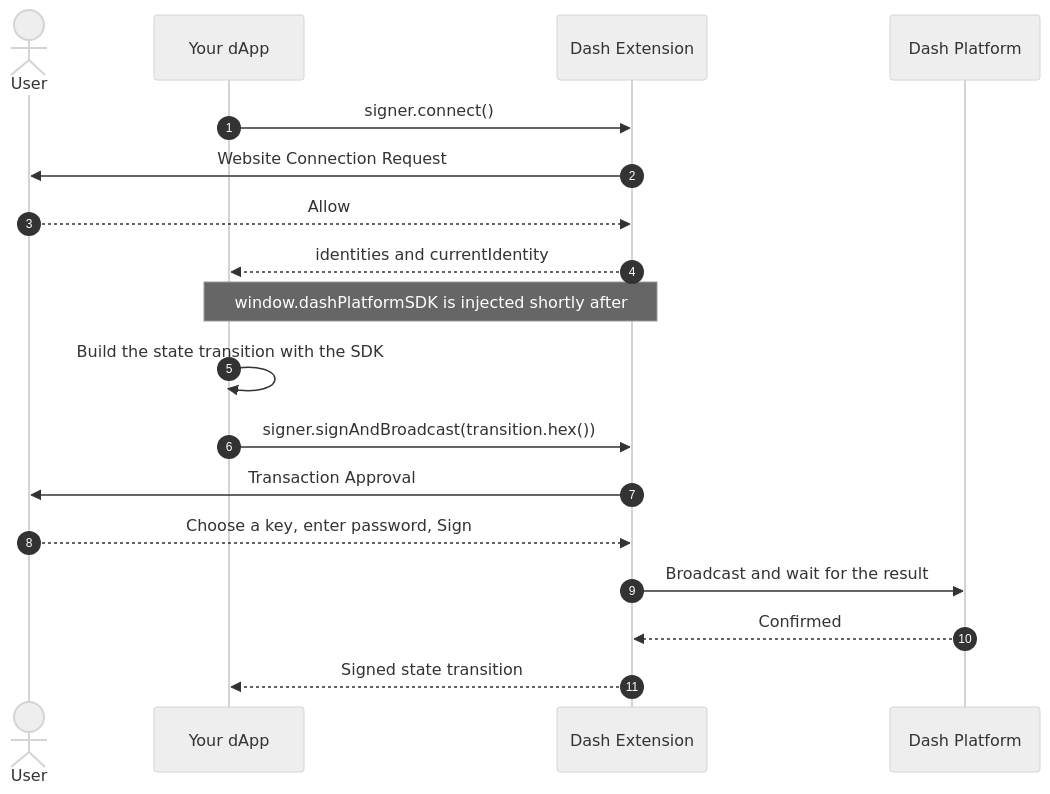
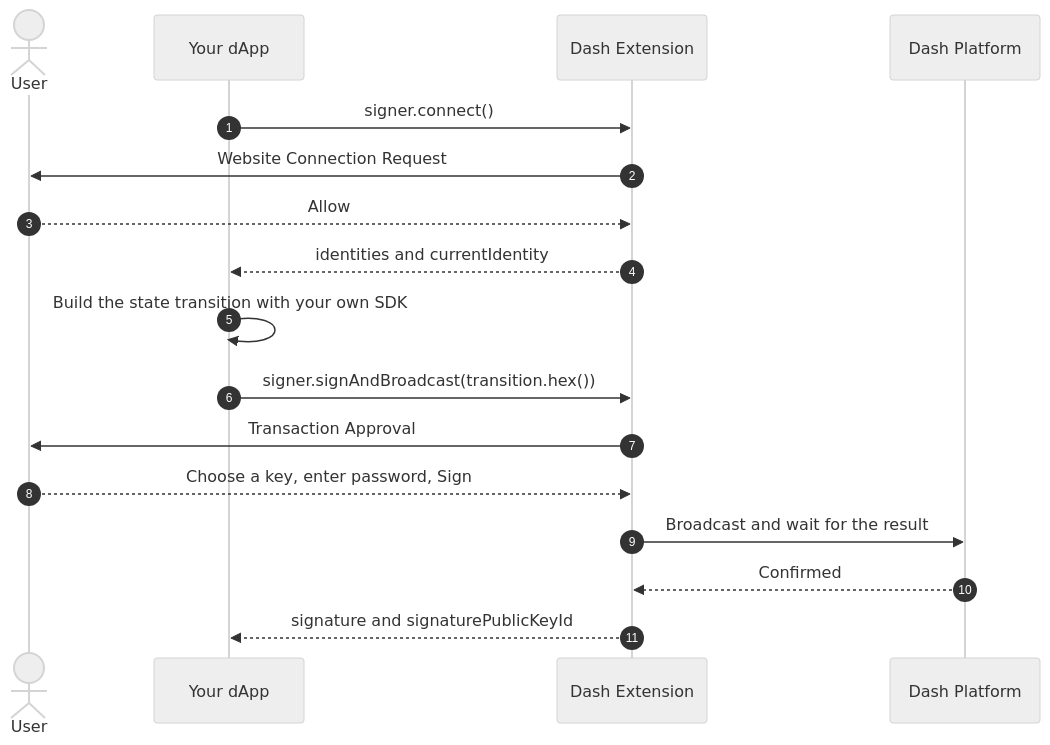
Before and after one commit to pshenmic/dash-platform-extension: the diagram in docs/INTEGRATION.md, drawn with Mermaid (neutral theme). The commit also changed other lines of this file and 25 other files, not shown here.

````diff
--- a/docs/INTEGRATION.md
+++ b/docs/INTEGRATION.md
@@ -18,21 +18,20 @@
 ```mermaid
 sequenceDiagram
     autonumber
     actor User
     participant App as Your dApp
     participant Ext as Dash Extension
     participant Net as Dash Platform
 
     App->>Ext: signer.connect()
     Ext->>User: Website Connection Request
     User-->>Ext: Allow
     Ext-->>App: identities and currentIdentity
-    Note over App,Ext: window.dashPlatformSDK is injected shortly after
-    App->>App: Build the state transition with the SDK
+    App->>App: Build the state transition with your own SDK
     App->>Ext: signer.signAndBroadcast(transition.hex())
     Ext->>User: Transaction Approval
     User-->>Ext: Choose a key, enter password, Sign
     Ext->>Net: Broadcast and wait for the result
     Net-->>Ext: Confirmed
-    Ext-->>App: Signed state transition
+    Ext-->>App: signature and signaturePublicKeyId
 ```
````
